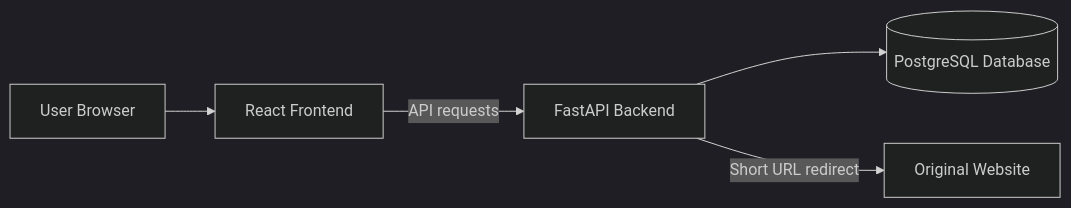
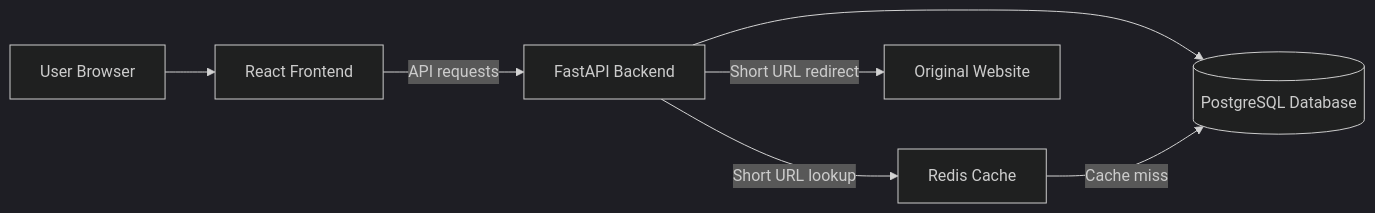
The first of 3 diagrams in README.md (mayuripaliwal/url-shortener), drawn with Mermaid (dark theme) before and after one commit. The commit also changed other lines of this file, not shown here.

````diff
--- a/README.md
+++ b/README.md
@@ -29,12 +29,16 @@
 ```mermaid
 flowchart LR
     User[User Browser]
     React[React Frontend]
     FastAPI[FastAPI Backend]
     PostgreSQL[(PostgreSQL Database)]
+    Redis[Redis Cache]
+    External[Original Website]
 
     User --> React
     React -->|API requests| FastAPI
     FastAPI --> PostgreSQL
-    FastAPI -->|Short URL redirect| External[Original Website]
+    FastAPI -->|Short URL redirect|External
+    FastAPI -->|Short URL lookup|Redis
+    Redis -->|Cache miss|PostgreSQL
 ```
````
